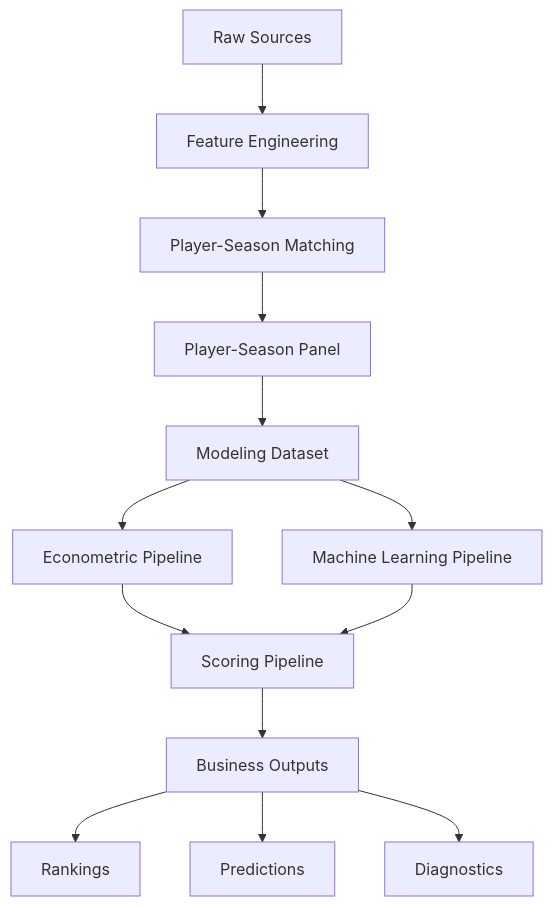
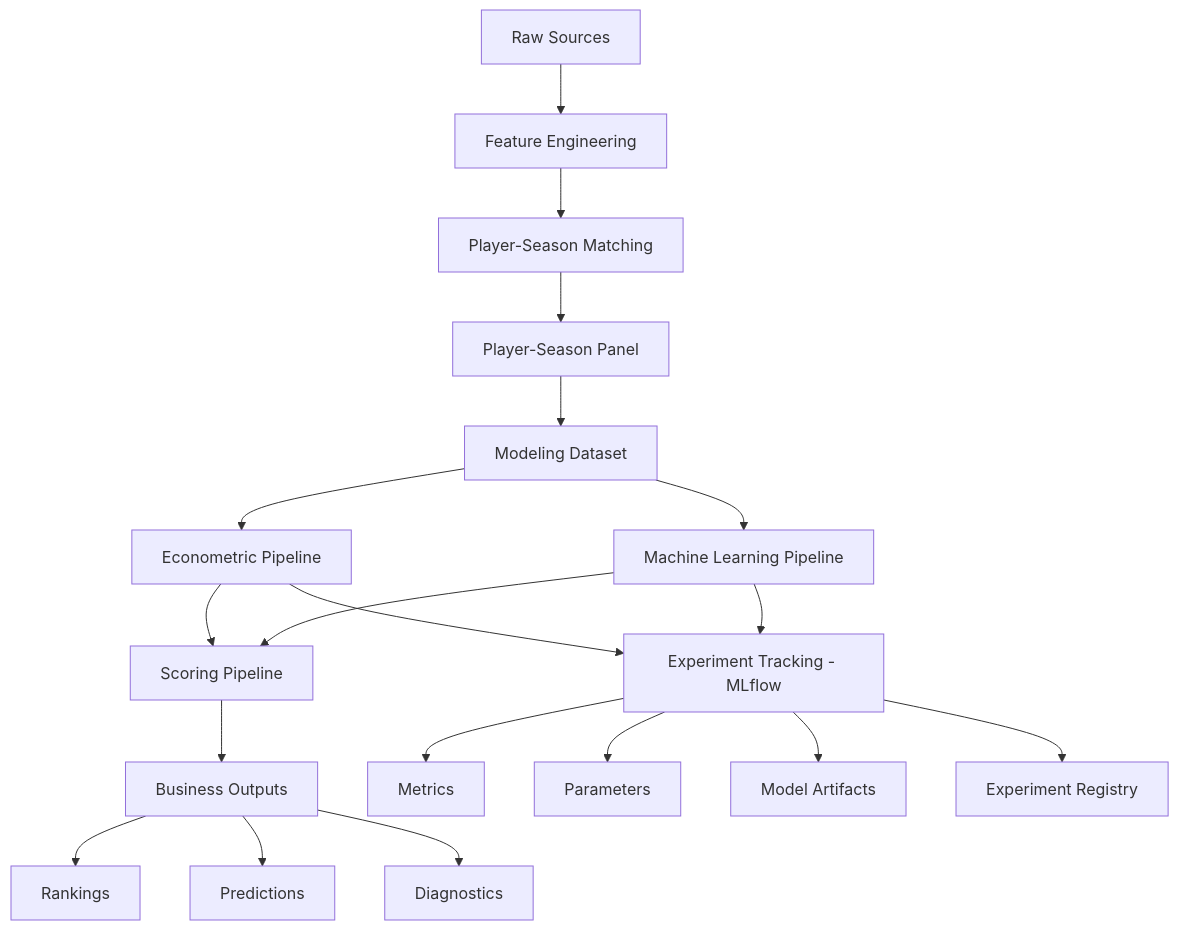
Before and after one commit to manuelpeba/market-value-football-tfm: the first of 2 diagrams in docs/architecture.md, drawn with Mermaid. The commit also changed other lines of this file and 23 other files, not shown here.

First line of the commit message:
feat: add MLflow experiment tracking and centralized configuration

````diff
--- a/docs/architecture.md
+++ b/docs/architecture.md
@@ -212,24 +270,32 @@
 ```mermaid
 flowchart TD
 
 A[Raw Sources] --> B[Feature Engineering]
 
 B --> C[Player-Season Matching]
 
 C --> D[Player-Season Panel]
 
 D --> E[Modeling Dataset]
 
 E --> F[Econometric Pipeline]
 
 E --> G[Machine Learning Pipeline]
 
-F --> H[Scoring Pipeline]
+F --> H[Experiment Tracking - MLflow]
 G --> H
 
-H --> I[Business Outputs]
+F --> I[Scoring Pipeline]
+G --> I
 
-I --> J[Rankings]
-I --> K[Predictions]
-I --> L[Diagnostics]
+I --> J[Business Outputs]
+
+J --> K[Rankings]
+J --> L[Predictions]
+J --> M[Diagnostics]
+
+H --> N[Metrics]
+H --> O[Parameters]
+H --> P[Model Artifacts]
+H --> Q[Experiment Registry]
 ```
````
